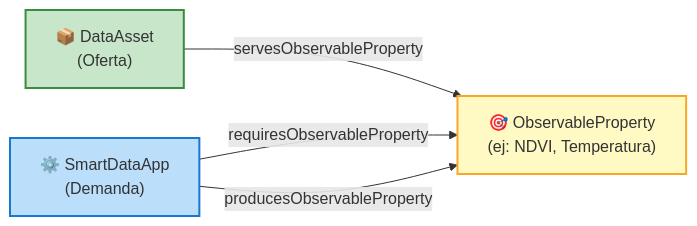
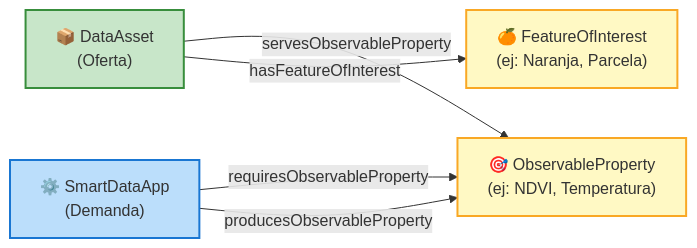
The second of 11 diagrams in docs/ONTOLOGY_OVERVIEW_DIAGRAM_ES.md (KhaosResearch/EDAAnOWL), drawn with Mermaid before and after one commit. The commit also changed other lines of this file and 19 other files, not shown here.

First line of the commit message:
feat!: incorporate Feature of Interest (SOSA/SSN) and release v0.9.0

````diff
--- a/docs/ONTOLOGY_OVERVIEW_DIAGRAM_ES.md
+++ b/docs/ONTOLOGY_OVERVIEW_DIAGRAM_ES.md
@@ -52,18 +54,21 @@
 ```mermaid
 flowchart LR
     classDef supply fill:#c8e6c9,stroke:#388e3c,stroke-width:2px
     classDef demand fill:#bbdefb,stroke:#1976d2,stroke-width:2px
     classDef bridge fill:#fff9c4,stroke:#f9a825,stroke-width:2px
 
     DA["📦 DataAsset<br/>(Oferta)"]
     OP["🎯 ObservableProperty<br/>(ej: NDVI, Temperatura)"]
+    FOI["🍊 FeatureOfInterest<br/>(ej: Naranja, Parcela)"]
     APP["⚙️ SmartDataApp<br/>(Demanda)"]
 
     DA -- "servesObservableProperty" --> OP
+    DA -- "hasFeatureOfInterest" --> FOI
     APP -- "requiresObservableProperty" --> OP
     APP -- "producesObservableProperty" --> OP
 
     class DA supply
     class APP demand
     class OP bridge
+    class FOI bridge
 ```
````
